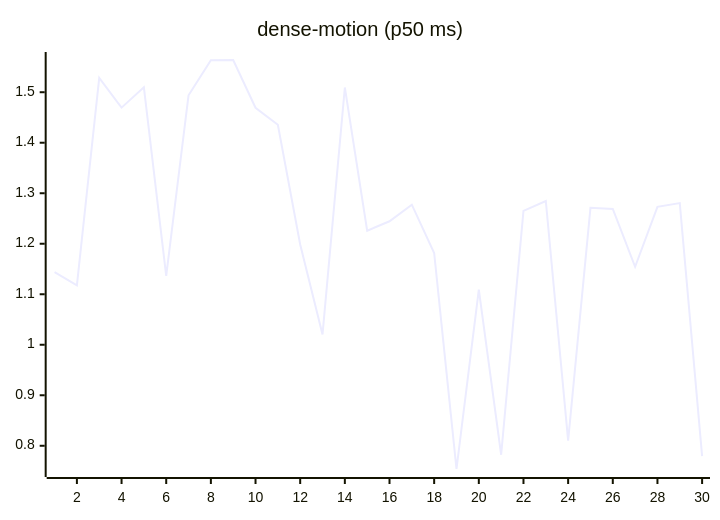
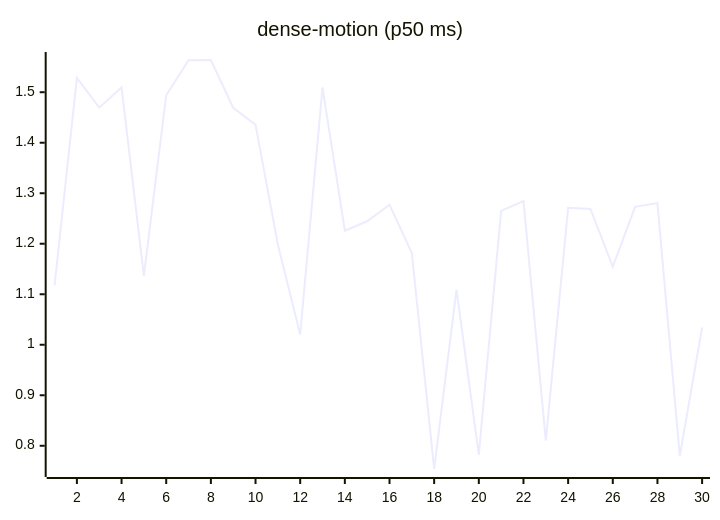
One commit to josha/Facet changed the ninth of 27 diagrams in README.md. Above: the diagram before and after it, drawn with Mermaid. The commit also changed other lines of this file and 2 other files, not shown here.

````diff
--- a/README.md
+++ b/README.md
@@ -119,6 +119,6 @@
 ```mermaid
 xychart-beta
     title "dense-motion (p50 ms)"
     x-axis 1 --> 30
-    line [1.1436, 1.1174, 1.5286, 1.4695, 1.5096, 1.1365, 1.4939, 1.5634, 1.5638, 1.4692, 1.4355, 1.1984, 1.0205, 1.5093, 1.2258, 1.2445, 1.2773, 1.1817, 0.7540, 1.1093, 0.7822, 1.2651, 1.2846, 0.8102, 1.2712, 1.2688, 1.1544, 1.2730, 1.2805, 0.7796]
+    line [1.1174, 1.5286, 1.4695, 1.5096, 1.1365, 1.4939, 1.5634, 1.5638, 1.4692, 1.4355, 1.1984, 1.0205, 1.5093, 1.2258, 1.2445, 1.2773, 1.1817, 0.7540, 1.1093, 0.7822, 1.2651, 1.2846, 0.8102, 1.2712, 1.2688, 1.1544, 1.2730, 1.2805, 0.7796, 1.0341]
 ```
````
